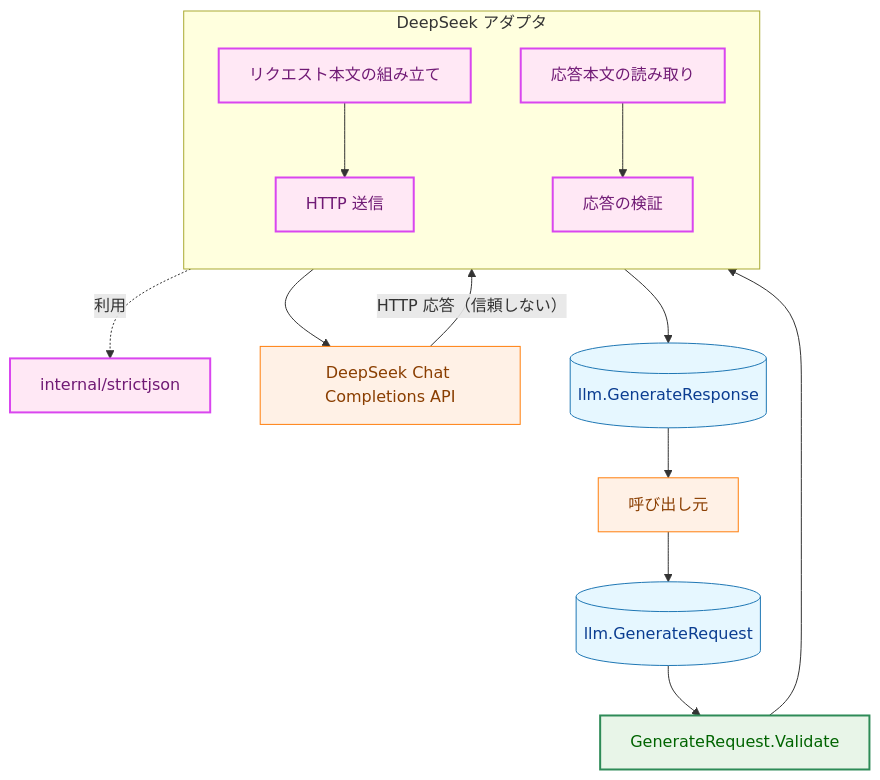
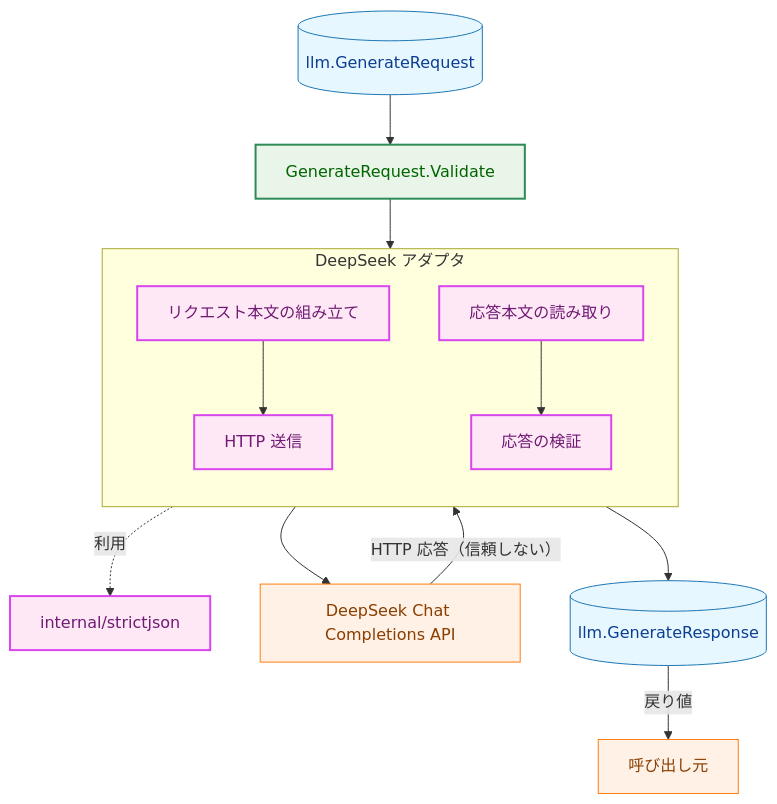
Before and after one commit to isseis/yt2column: the first of 9 diagrams in docs/tasks/0003_deepseek_llm_client/02_architecture.md, drawn with Mermaid. The commit also changed other lines of this file, not shown here.

Commit message:
docs(0003): fix the concept-model loop in figure 1

````diff
--- a/docs/tasks/0003_deepseek_llm_client/02_architecture.md
+++ b/docs/tasks/0003_deepseek_llm_client/02_architecture.md
@@ -28,39 +28,38 @@
 ```mermaid
 flowchart TB
     classDef data fill:#e6f7ff,stroke:#1f77b4,stroke-width:1px,color:#0b3d91;
     classDef process fill:#fff1e6,stroke:#ff7f0e,stroke-width:1px,color:#8a3e00;
     classDef enhanced fill:#e8f5e8,stroke:#2e8b57,stroke-width:2px,color:#006400;
     classDef newpkg fill:#ffe8f5,stroke:#d946ef,stroke-width:2px,color:#701a75;
 
     CALLER["呼び出し元"]
     REQ[("llm.GenerateRequest")]
     VAL["GenerateRequest.Validate"]
 
     subgraph CLIENT["DeepSeek アダプタ"]
         direction TB
         BUILD["リクエスト本文の組み立て"]
         SEND["HTTP 送信"]
         READ["応答本文の読み取り"]
         PARSE["応答の検証"]
     end
 
     SJ["internal/strictjson"]
     API["DeepSeek Chat Completions API"]
     RESP[("llm.GenerateResponse")]
 
-    CALLER --> REQ
     REQ --> VAL
     VAL --> BUILD
     BUILD --> SEND
     SEND --> API
     API -->|"HTTP 応答（信頼しない）"| READ
     READ --> PARSE
     PARSE -.->|"利用"| SJ
     PARSE --> RESP
-    RESP --> CALLER
+    RESP -->|"戻り値"| CALLER
 
     class REQ,RESP data
     class CALLER,API process
     class VAL enhanced
     class BUILD,SEND,READ,PARSE,SJ newpkg
 ```
````
